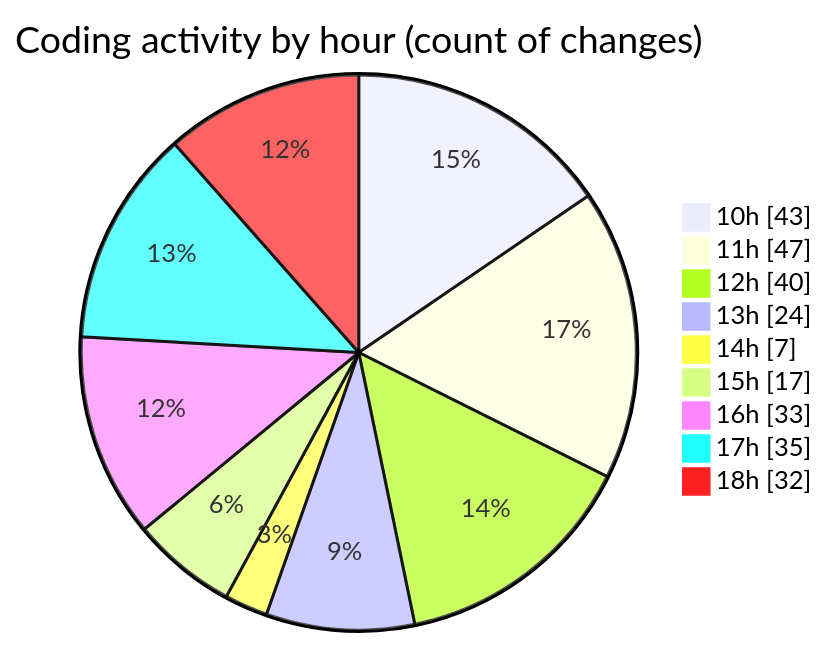
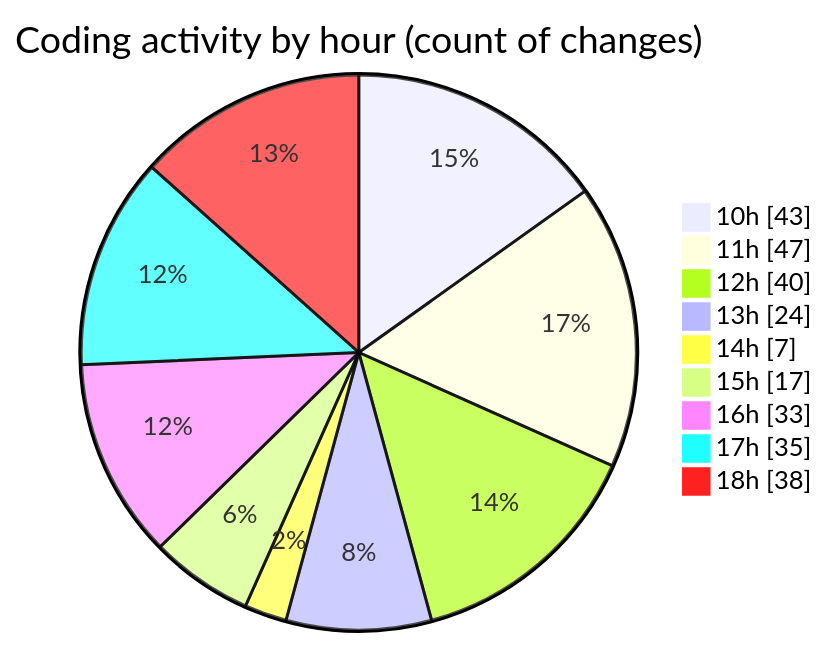
Before and after one commit to momahboobian/code-tracking: the second of 2 diagrams in 2025-02-10/cda/README.md, drawn with Mermaid. The commit also changed other lines of this file and 1 other file, not shown here.

````diff
--- a/2025-02-10/cda/README.md
+++ b/2025-02-10/cda/README.md
@@ -35,13 +35,13 @@
 ```mermaid
 pie showData
 title Coding activity by hour (count of changes)
 "10h" : 43
 "11h" : 47
 "12h" : 40
 "13h" : 24
 "14h" : 7
 "15h" : 17
 "16h" : 33
 "17h" : 35
-"18h" : 32
+"18h" : 38
 ```
````
